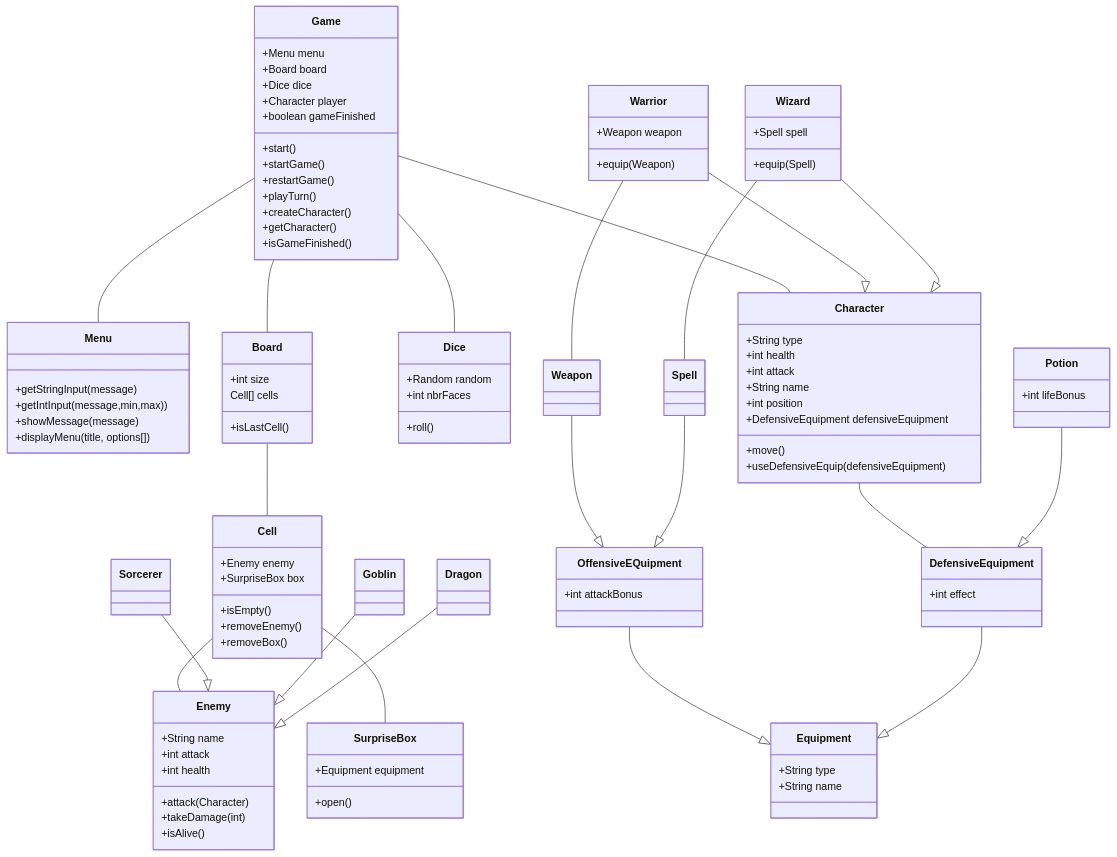
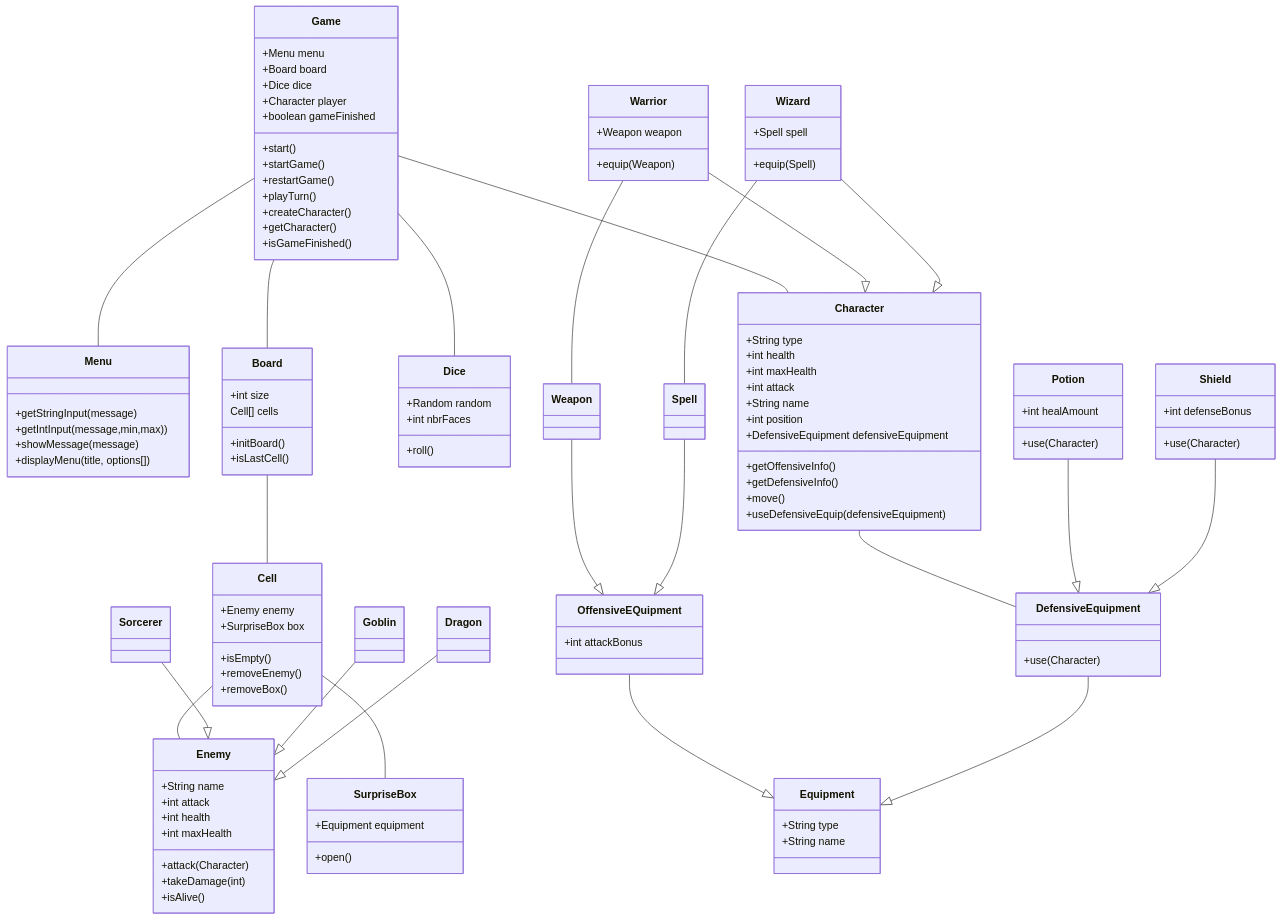
One commit to CorentinFERRY/DnDGame changed the diagram in README.md. Above: the diagram before and after it, drawn with Mermaid.

Commit message:
update : UML on README.md

```diff
--- a/README.md
+++ b/README.md
@@ -118,6 +118,7 @@
     class Board {
 	    +int size
 	    Cell[] cells
+	    +initBoard()
 	    +isLastCell()
     }
 
@@ -138,10 +139,13 @@
     class Character {
 	    +String type
 	    +int health
+	    +int maxHealth
 	    +int attack
 	    +String name
 	    +int position
 	    +DefensiveEquipment defensiveEquipment
+	    +getOffensiveInfo()
+	    +getDefensiveInfo()
 	    +move()
 	    +useDefensiveEquip(defensiveEquipment)
     }
@@ -166,7 +170,7 @@
     }
 
     class DefensiveEquipment {
-	    +int effect
+        +use(Character)
     }
 
     class Weapon {
@@ -176,13 +180,20 @@
     }
 
     class Potion {
-	    +int lifeBonus
+	    +int healAmount
+	    +use(Character)
+    }
+    
+    class Shield {
+        +int defenseBonus
+        +use(Character)
     }
 
     class Enemy {
 	    +String name
 	    +int attack
 	    +int health
+	    +int maxHealth
 	    +attack(Character)
 	    +takeDamage(int)
 	    +isAlive()
@@ -215,6 +226,7 @@
     Weapon --|> OffensiveEQuipment
     Spell --|> OffensiveEQuipment
     Potion --|> DefensiveEquipment
+    Shield --|> DefensiveEquipment
     Warrior -- Weapon
     Wizard -- Spell
     Cell -- Enemy
```
